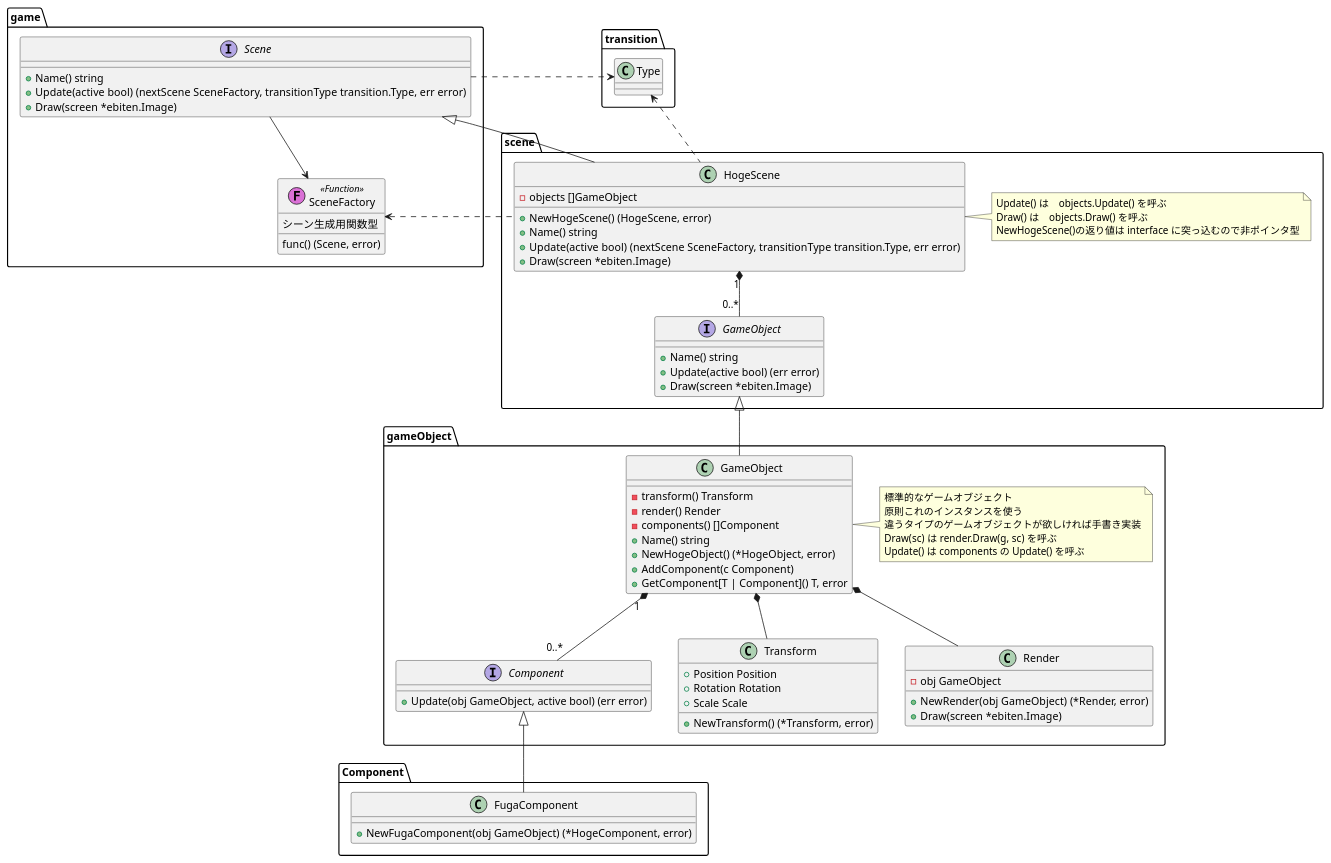
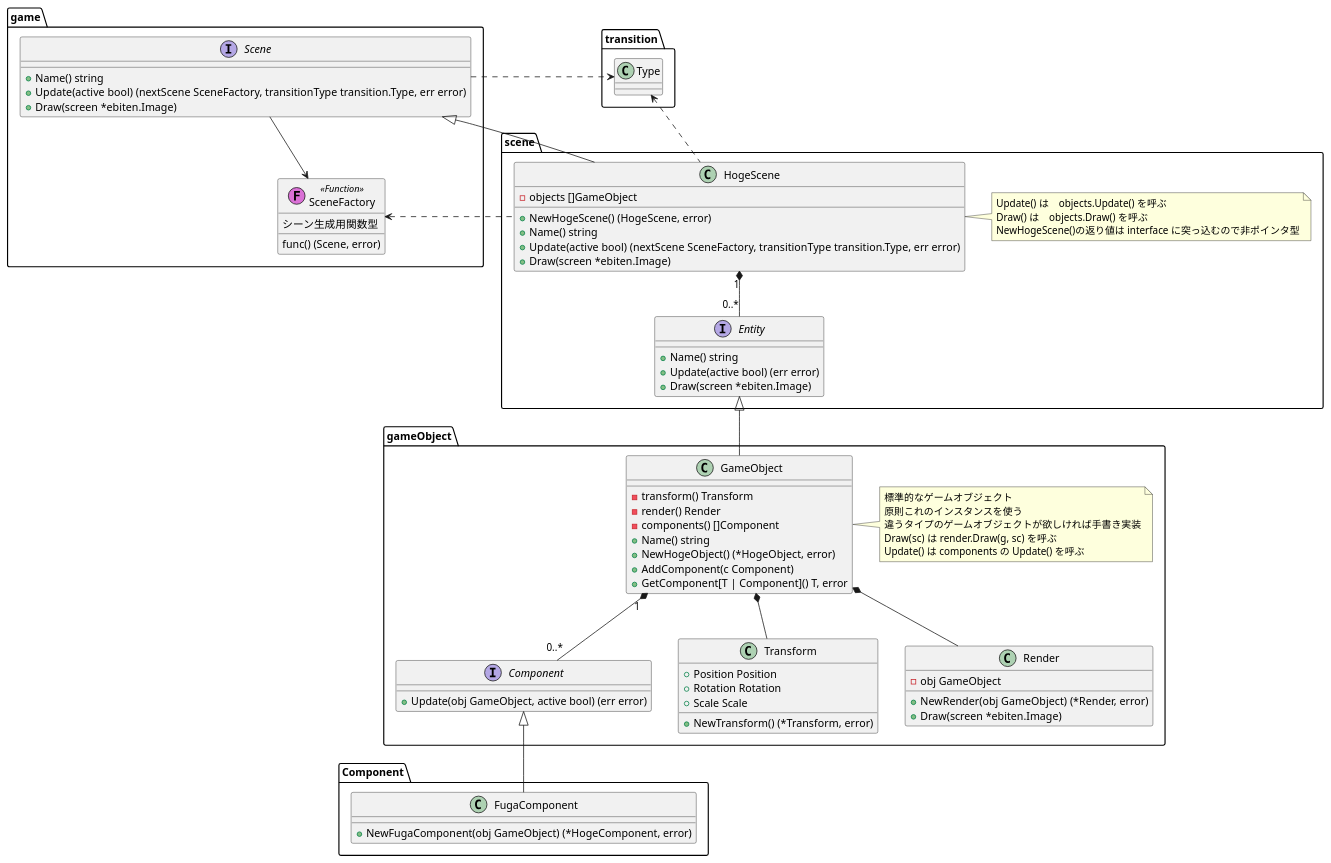
One commit to kmc-jp/Gamedev_Tempura-of-p--Phenylazo-phenol changed the diagram in Docs/Scene_class_diagram.puml. Above: the diagram before and after it, drawn with PlantUML.

Commit message:
名前が被ったので変更

```diff
--- a/Docs/Scene_class_diagram.puml
+++ b/Docs/Scene_class_diagram.puml
@@ -1,90 +1,90 @@
 @startuml Scene_class_diagram
 
 package transition {
     class Type{}
 }
 
 package game {
     interface Scene {
         + Name() string
         + Update(active bool) (nextScene SceneFactory, transitionType transition.Type, err error)
         + Draw(screen *ebiten.Image)
     }
 
     class SceneFactory << (F,orchid) Function >> {
         シーン生成用関数型
         func() (Scene, error)
     }
 
     Scene --> SceneFactory
     Scene .right.> transition.Type
 }
 
 package scene {
     class HogeScene {
         - objects []GameObject
         + NewHogeScene() (HogeScene, error)
         + Name() string
         + Update(active bool) (nextScene SceneFactory, transitionType transition.Type, err error)
         + Draw(screen *ebiten.Image)
     }
     note right of HogeScene : Update() は　objects.Update() を呼ぶ\nDraw() は　objects.Draw() を呼ぶ\nNewHogeScene()の返り値は interface に突っ込むので非ポインタ型
 
     HogeScene -up-|> game.Scene
     HogeScene ..left..> game.SceneFactory
     HogeScene .up.> transition.Type
 
 
-    HogeScene "1" *-- "0..*" GameObject
+    HogeScene "1" *-- "0..*" Entity
 
-    interface GameObject {
+    interface Entity {
         + Name() string
         + Update(active bool) (err error)
         + Draw(screen *ebiten.Image)
     }
 }
 
 package gameObject {
     class GameObject {
         - transform() Transform
         - render() Render
         - components() []Component
         + Name() string
         + NewHogeObject() (*HogeObject, error)
         + AddComponent(c Component)
         + GetComponent[T | Component]() T, error
     }
     note right of GameObject : 標準的なゲームオブジェクト\n原則これのインスタンスを使う\n違うタイプのゲームオブジェクトが欲しければ手書き実装\nDraw(sc) は render.Draw(g, sc) を呼ぶ\nUpdate() は components の Update() を呼ぶ
 
-    GameObject -up-|> scene.GameObject
+    GameObject -up-|> scene.Entity
     GameObject *-- Transform
     GameObject *-- Render
 
     GameObject "1" *-- "0..*" Component
 
     class Transform {
         + Position Position
         + Rotation Rotation
         + Scale Scale
         + NewTransform() (*Transform, error)
     }
 
     class Render {
         - obj GameObject
         + NewRender(obj GameObject) (*Render, error)
         + Draw(screen *ebiten.Image)
     }
 
     interface Component {
         + Update(obj GameObject, active bool) (err error)
     }
 }
 
 package Component {
     class FugaComponent {
         + NewFugaComponent(obj GameObject) (*HogeComponent, error)
     }
 
     FugaComponent -up-|> gameObject.Component
 }
 @enduml
```
